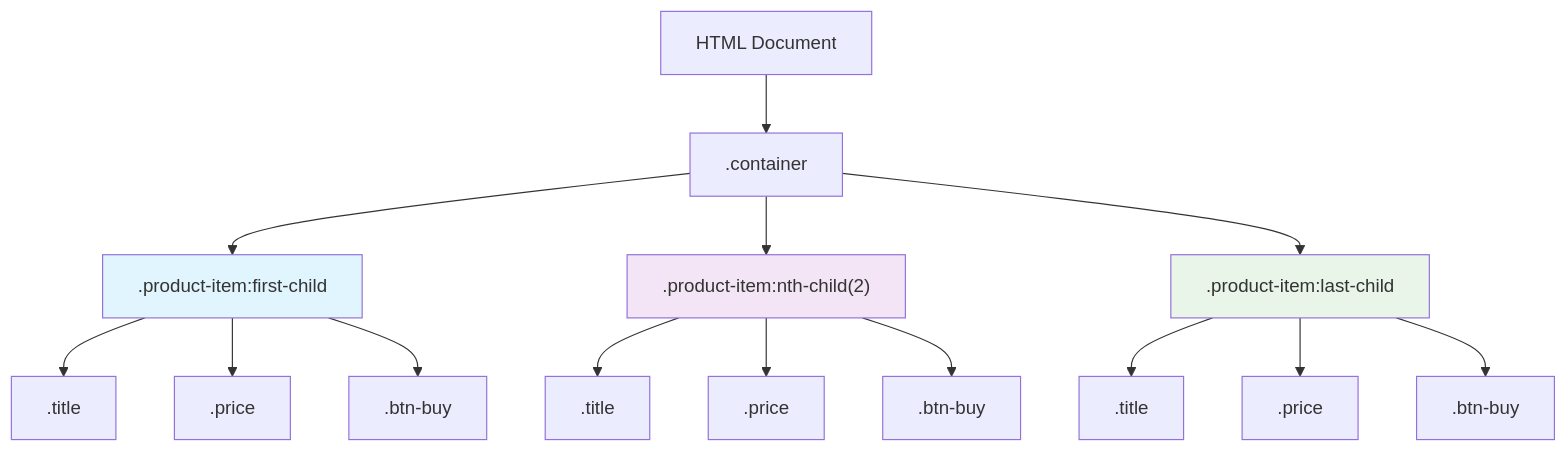
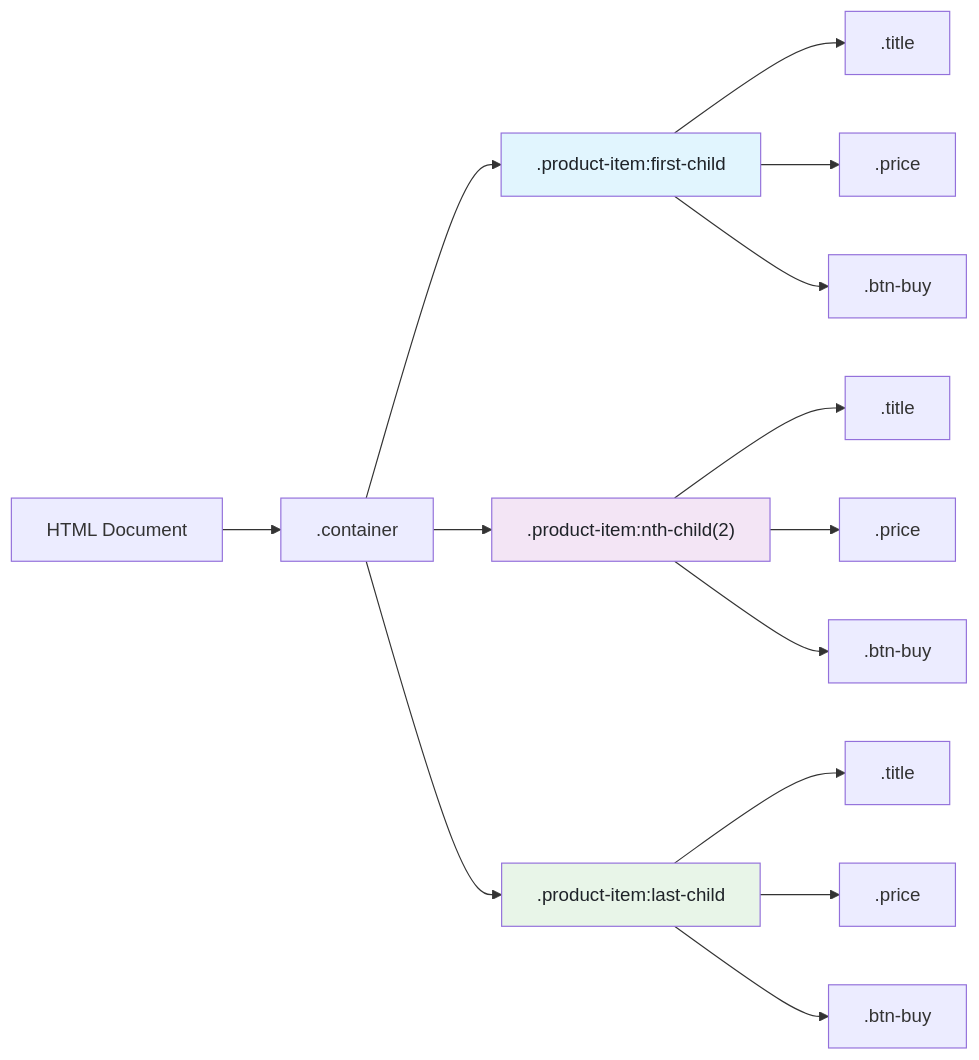
One commit to bytetunnels/bytetunnels.github.com changed the first of 3 diagrams in _posts/2025-05-02-css-selectors-made-simple.md. Above: the diagram before and after it, drawn with Mermaid. The commit also changed other lines of this file and 118 other files, not shown here.

Commit message:
feat: improve diagram styling and compact wide flowcharts

````diff
--- a/_posts/2025-05-02-css-selectors-made-simple.md
+++ b/_posts/2025-05-02-css-selectors-made-simple.md
@@ -169,23 +169,23 @@
 ```mermaid
-graph TD
+graph LR
     A[HTML Document] --> B[.container]
     B --> C[".product-item:first-child"]
     B --> D[".product-item:nth-child(2)"]
     B --> E[".product-item:last-child"]
-    
+
     C --> C1[.title]
     C --> C2[.price]
     C --> C3[.btn-buy]
-    
+
     D --> D1[.title]
     D --> D2[.price]
     D --> D3[.btn-buy]
-    
+
     E --> E1[.title]
     E --> E2[.price]
     E --> E3[.btn-buy]
-    
-    style C fill:#e1f5fe
-    style D fill:#f3e5f5
-    style E fill:#e8f5e8
+
+    style C fill:#e1f5fe,color:#1f2328
+    style D fill:#f3e5f5,color:#1f2328
+    style E fill:#e8f5e8,color:#1f2328
 ```
````
